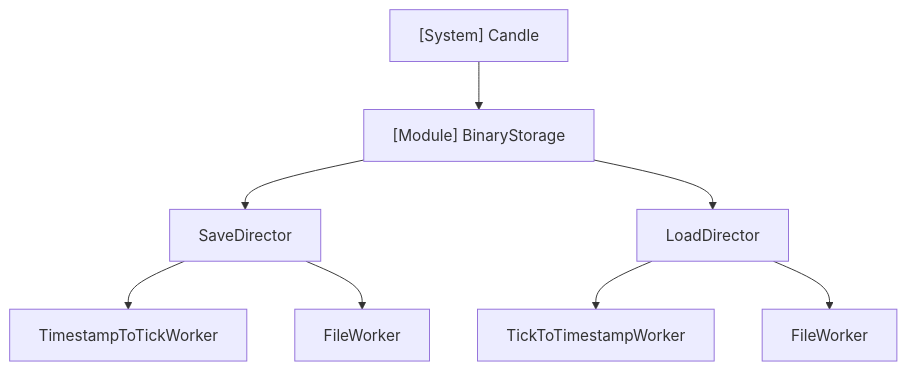
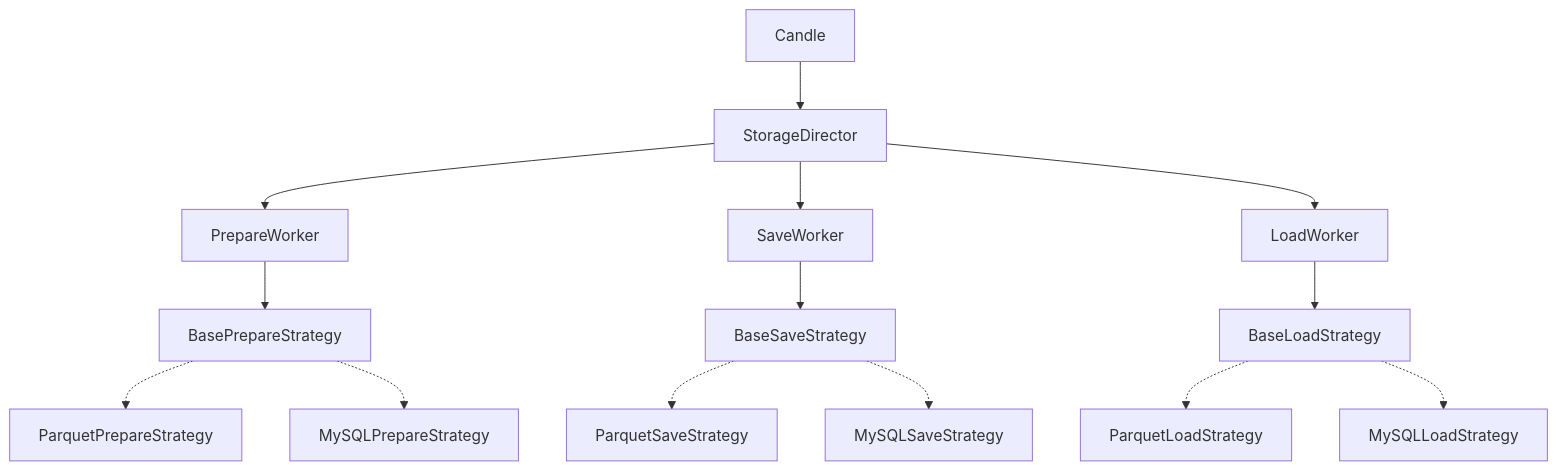
One commit to gatesplan/python-toolbox changed the first of 2 diagrams in packages/financial-assets/financial_assets/candle/Architecture.md. Above: the diagram before and after it, drawn with Mermaid. The commit also changed other lines of this file and 2 other files, not shown here.

First line of the commit message:
docs(financial-assets): Candle Storage Strategy 설계 문서 작성

````diff
--- a/packages/financial-assets/financial_assets/candle/Architecture.md
+++ b/packages/financial-assets/financial_assets/candle/Architecture.md
@@ -35,19 +48,37 @@
 ```mermaid
-flowchart TD
-    Candle["[System] Candle"]
-    BinaryStorage["[Module] BinaryStorage"]
-    SaveDirector[SaveDirector]
-    LoadDirector[LoadDirector]
-    TimestampToTickWorker[TimestampToTickWorker]
-    SaveFileWorker[FileWorker]
-    TickToTimestampWorker[TickToTimestampWorker]
-    LoadFileWorker[FileWorker]
+graph TB
+    Candle[Candle]
+    StorageDirector[StorageDirector]
 
-    Candle --> BinaryStorage
-    BinaryStorage --> SaveDirector
-    BinaryStorage --> LoadDirector
-    SaveDirector --> TimestampToTickWorker
-    SaveDirector --> SaveFileWorker
-    LoadDirector --> TickToTimestampWorker
-    LoadDirector --> LoadFileWorker
+    PrepareWorker[PrepareWorker]
+    SaveWorker[SaveWorker]
+    LoadWorker[LoadWorker]
+
+    BasePrepareStrategy[BasePrepareStrategy]
+    BaseSaveStrategy[BaseSaveStrategy]
+    BaseLoadStrategy[BaseLoadStrategy]
+
+    ParquetPrepare[ParquetPrepareStrategy]
+    ParquetSave[ParquetSaveStrategy]
+    ParquetLoad[ParquetLoadStrategy]
+
+    MySQLPrepare[MySQLPrepareStrategy]
+    MySQLSave[MySQLSaveStrategy]
+    MySQLLoad[MySQLLoadStrategy]
+
+    Candle --> StorageDirector
+    StorageDirector --> PrepareWorker
+    StorageDirector --> SaveWorker
+    StorageDirector --> LoadWorker
+
+    PrepareWorker --> BasePrepareStrategy
+    SaveWorker --> BaseSaveStrategy
+    LoadWorker --> BaseLoadStrategy
+
+    BasePrepareStrategy -.-> ParquetPrepare
+    BasePrepareStrategy -.-> MySQLPrepare
+    BaseSaveStrategy -.-> ParquetSave
+    BaseSaveStrategy -.-> MySQLSave
+    BaseLoadStrategy -.-> ParquetLoad
+    BaseLoadStrategy -.-> MySQLLoad
 ```
````
